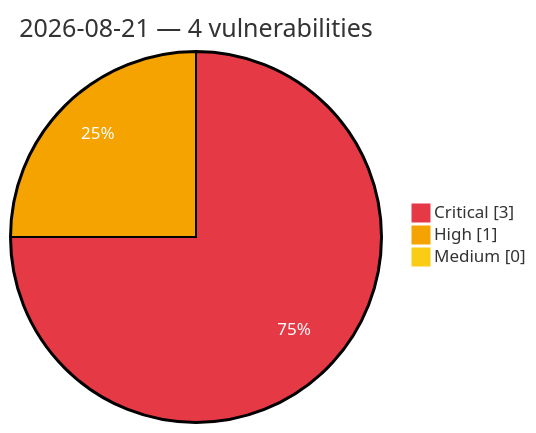
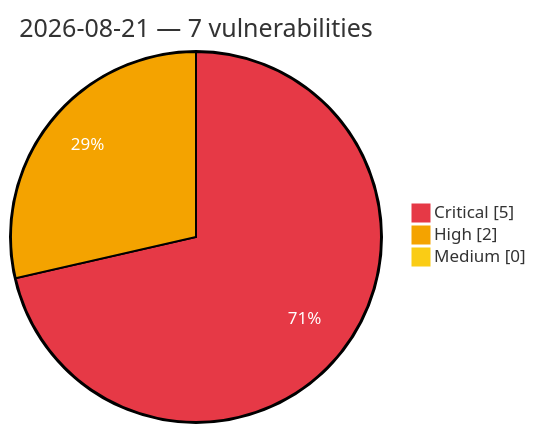
Before and after one commit to GhostX0X/vuln-tracker: the diagram in vulnerabilities/2026/August/2026-08-21.md, drawn with Mermaid. The commit also changed other lines of this file and 5 other files, not shown here.

Commit message:
Auto update: critical/high vulns (2026-08-21 02:36 UTC)

````diff
--- a/vulnerabilities/2026/August/2026-08-21.md
+++ b/vulnerabilities/2026/August/2026-08-21.md
@@ -3,8 +3,8 @@
 ```mermaid
 %%{init: {'theme':'base', 'themeVariables': {'pie1':'#e63946', 'pie2':'#f4a300', 'pie3':'#facc15', 'pieOpacity':'1', 'pieOuterStrokeWidth':'2px', 'pieSectionTextColor':'#ffffff'}}}%%
 pie showData
-    title 2026-08-21 — 4 vulnerabilities
-    "Critical" : 3
-    "High" : 1
+    title 2026-08-21 — 7 vulnerabilities
+    "Critical" : 5
+    "High" : 2
     "Medium" : 0
 ```
````
